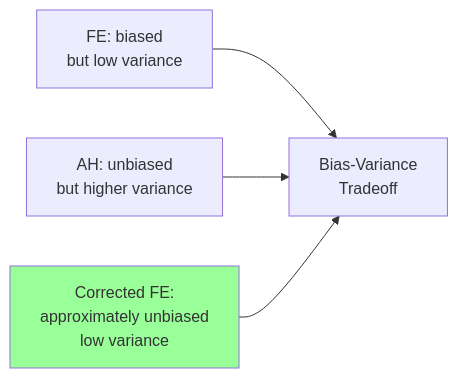
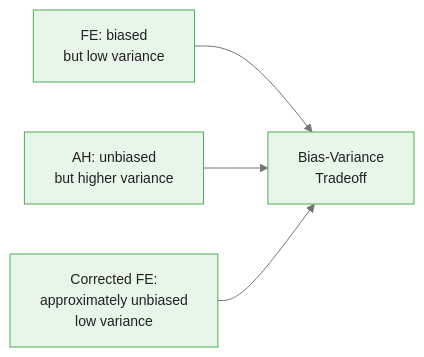
Before and after one commit to m-deane/course-creator: the fourth of 4 diagrams in courses/panel-regression/modules/module_05_advanced_topics/guides/02_nickell_bias_slides.md, drawn with Mermaid. The commit also changed other lines of this file and 79 other files, not shown here.

````diff
--- a/courses/panel-regression/modules/module_05_advanced_topics/guides/02_nickell_bias_slides.md
+++ b/courses/panel-regression/modules/module_05_advanced_topics/guides/02_nickell_bias_slides.md
@@ -226,8 +263,7 @@
 ```mermaid
+%%{init: {"theme": "base", "themeVariables": {"primaryColor": "#e8f5e9", "primaryBorderColor": "#4caf50", "primaryTextColor": "#212121", "secondaryColor": "#e3f2fd", "tertiaryColor": "#fff8e1", "lineColor": "#757575", "fontFamily": "Inter, sans-serif", "fontSize": "14px"}}}%%
 flowchart LR
     FE["FE: biased<br/>but low variance"] --> TRADEOFF["Bias-Variance<br/>Tradeoff"]
     AH["AH: unbiased<br/>but higher variance"] --> TRADEOFF
     BC["Corrected FE:<br/>approximately unbiased<br/>low variance"] --> TRADEOFF
-
-    style BC fill:#9f9
 ```
````
